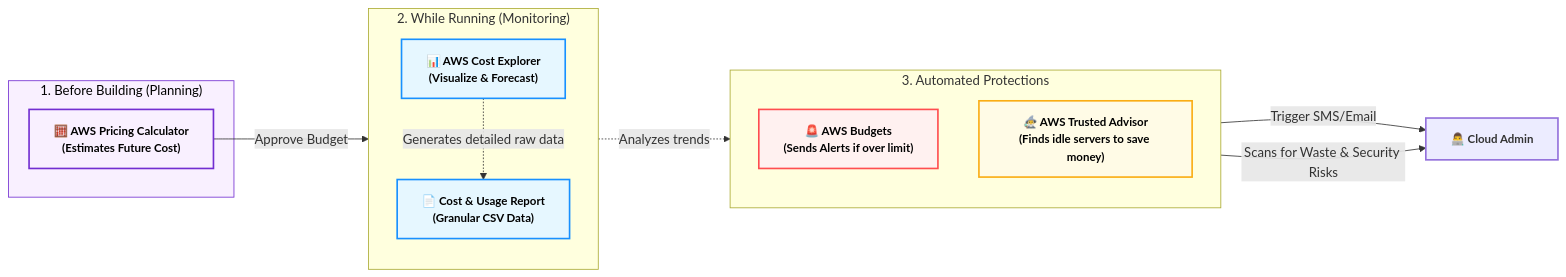
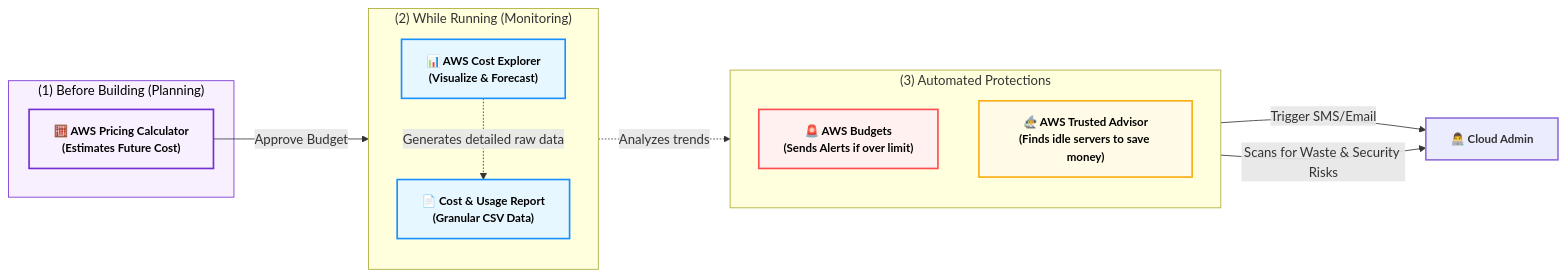
Diagram 36 of 48 in Domain 3.md (muhammad-khaled-tech/My-Study-Notes), drawn with Mermaid before and after one commit. The commit also changed 2 other files, not shown here.

Commit message:
vault backup: 2026-06-04 23:31:34

````diff
--- a/Domain 3.md
+++ b/Domain 3.md
@@ -3934,38 +3934,39 @@
 ```mermaid
 flowchart LR
-    %% Global Styling
-    classDef default font-weight:bold,font-size:14px,stroke-width:2px;
-    classDef pre fill:#f9f0ff,stroke:#722ed1,color:#000;
-    classDef active fill:#e6f7ff,stroke:#1890ff,color:#000;
-    classDef alert fill:#fff1f0,stroke:#ff4d4f,color:#000;
-    classDef advisor fill:#fffbe6,stroke:#faad14,color:#000;
 
-    subgraph Phase1 ["1. Before Building (Planning)"]
-        Calc["🧮 AWS Pricing Calculator<br/>(Estimates Future Cost)"]
-    end
+%% Global Styling
+classDef default font-weight:bold,font-size:14px,stroke-width:2px;
+classDef pre fill:#f9f0ff,stroke:#722ed1,color:#000;
+classDef active fill:#e6f7ff,stroke:#1890ff,color:#000;
+classDef alert fill:#fff1f0,stroke:#ff4d4f,color:#000;
+classDef advisor fill:#fffbe6,stroke:#faad14,color:#000;
 
-    subgraph Phase2 ["2. While Running (Monitoring)"]
-        direction TB
-        Explorer["📊 AWS Cost Explorer<br/>(Visualize & Forecast)"]
-        CUR["📄 Cost & Usage Report<br/>(Granular CSV Data)"]
-    end
+subgraph Phase1 ["(1) Before Building (Planning)"]
+    Calc["🧮 AWS Pricing Calculator<br>(Estimates Future Cost)"]
+end
 
-    subgraph Phase3 ["3. Automated Protections"]
-        direction TB
-        Budgets["🚨 AWS Budgets<br/>(Sends Alerts if over limit)"]
-        TA["🧙‍♂️ AWS Trusted Advisor<br/>(Finds idle servers to save money)"]
-    end
+subgraph Phase2 ["(2) While Running (Monitoring)"]
+    direction TB
+    Explorer["📊 AWS Cost Explorer<br>(Visualize & Forecast)"]
+    CUR["📄 Cost & Usage Report<br>(Granular CSV Data)"]
+end
 
-    %% Connections
-    Calc -->|"Approve Budget"| Explorer
-    Explorer -.->|"Analyzes trends"| Budgets
-    Budgets -->|"Trigger SMS/Email"| Admin["👨‍💻 Cloud Admin"]
-    Explorer -.->|"Generates detailed raw data"| CUR
-    TA -->|"Scans for Waste & Security Risks"| Admin
+subgraph Phase3 ["(3) Automated Protections"]
+    direction TB
+    Budgets["🚨 AWS Budgets<br>(Sends Alerts if over limit)"]
+    TA["🧙‍♂️ AWS Trusted Advisor<br>(Finds idle servers to save money)"]
+end
 
-    %% Apply Classes
-    class Phase1,Calc pre;
-    class Explorer,CUR active;
-    class Budgets alert;
-    class TA advisor;
+%% Connections
+Calc -->|"Approve Budget"| Explorer
+Explorer -.->|"Analyzes trends"| Budgets
+Budgets -->|"Trigger SMS/Email"| Admin["👨‍💻 Cloud Admin"]
+Explorer -.->|"Generates detailed raw data"| CUR
+TA -->|"Scans for Waste & Security Risks"| Admin
+
+%% Apply Classes
+class Phase1,Calc pre;
+class Explorer,CUR active;
+class Budgets alert;
+class TA advisor;
 ```
````
